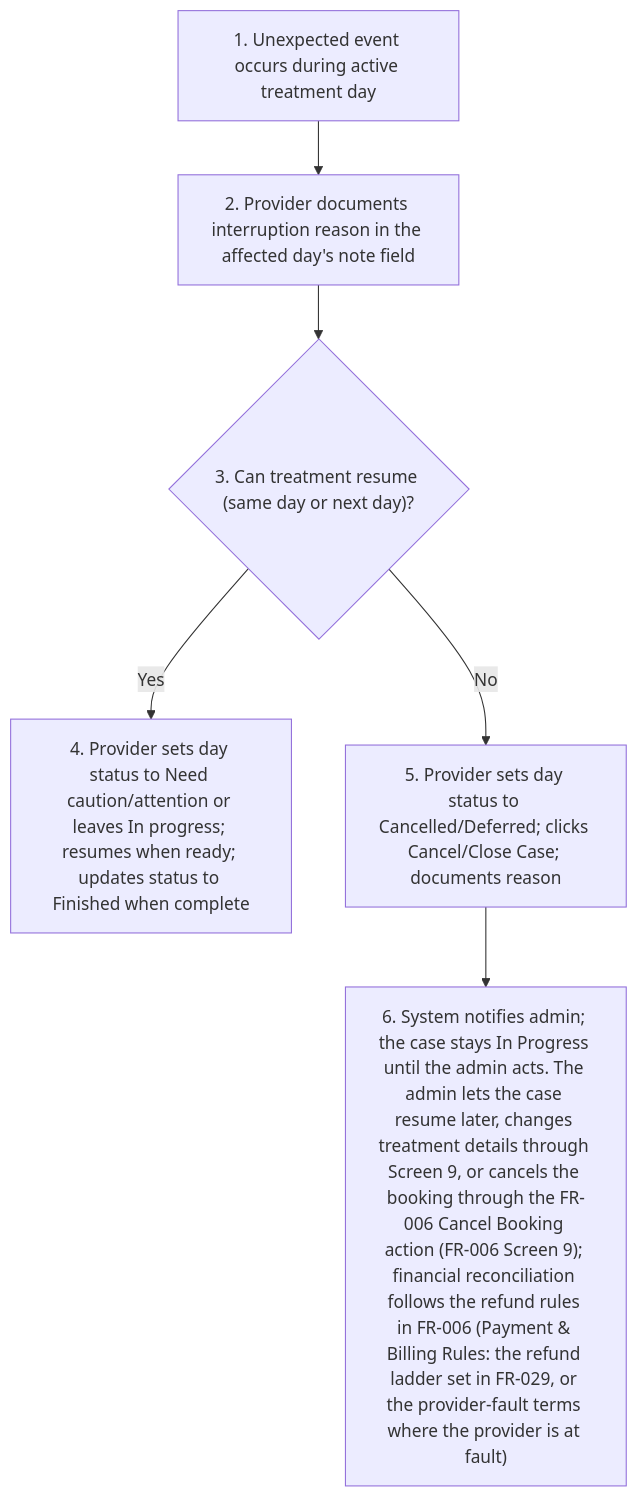
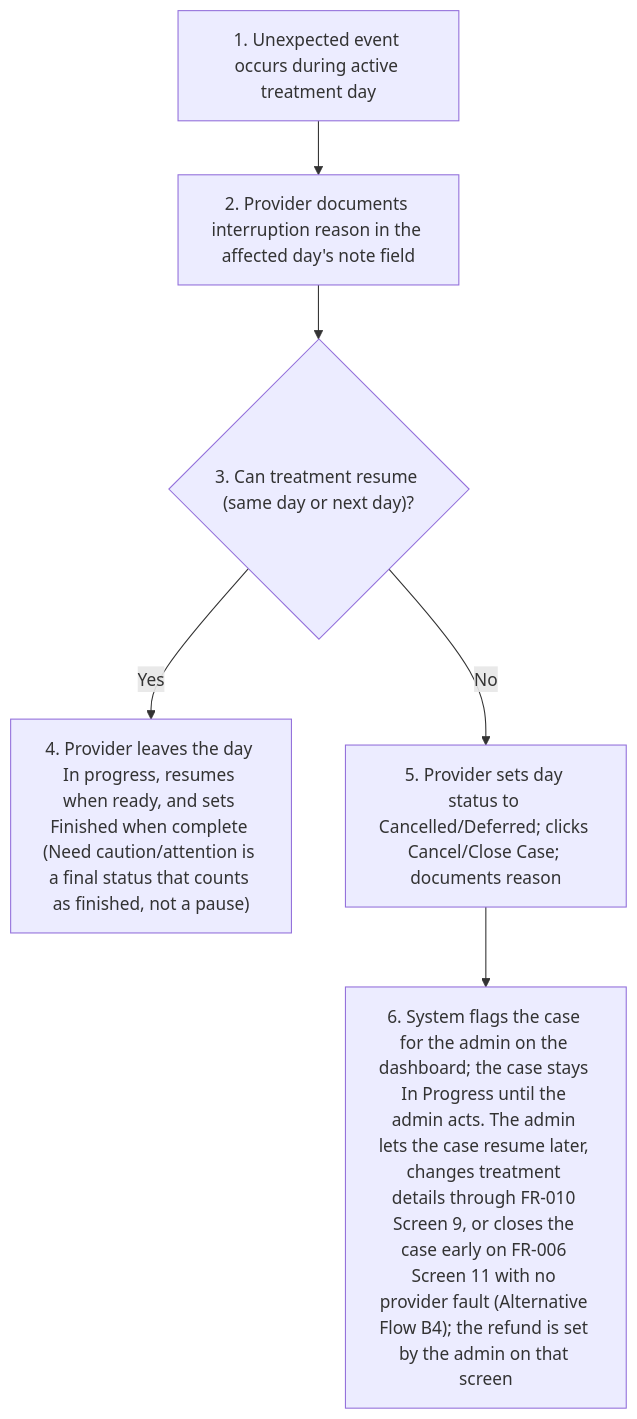
Before and after one commit to joachimtrungtuan/hairline-pm-docs: the seventh of 10 diagrams in project-requirements/functional-requirements/fr010-treatment-execution/prd.md, drawn with Mermaid. The commit also changed other lines of this file and 5 other files, not shown here.

````diff
--- a/project-requirements/functional-requirements/fr010-treatment-execution/prd.md
+++ b/project-requirements/functional-requirements/fr010-treatment-execution/prd.md
@@ -197,9 +211,9 @@
 ```mermaid
 flowchart TD
   B3S1["1. Unexpected event occurs during active treatment day"] --> B3S2
   B3S2["2. Provider documents interruption reason in the affected day's note field"] --> B3S3
   B3S3{"3. Can treatment resume (same day or next day)?"}
-  B3S3 -- Yes --> B3S4["4. Provider sets day status to Need caution/attention or leaves In progress; resumes when ready; updates status to Finished when complete"]
+  B3S3 -- Yes --> B3S4["4. Provider leaves the day In progress, resumes when ready, and sets Finished when complete (Need caution/attention is a final status that counts as finished, not a pause)"]
   B3S3 -- No --> B3S5["5. Provider sets day status to Cancelled/Deferred; clicks Cancel/Close Case; documents reason"]
-  B3S5 --> B3S6["6. System notifies admin; the case stays In Progress until the admin acts. The admin lets the case resume later, changes treatment details through Screen 9, or cancels the booking through the FR-006 Cancel Booking action (FR-006 Screen 9); financial reconciliation follows the refund rules in FR-006 (Payment & Billing Rules: the refund ladder set in FR-029, or the provider-fault terms where the provider is at fault)"]
+  B3S5 --> B3S6["6. System flags the case for the admin on the dashboard; the case stays In Progress until the admin acts. The admin lets the case resume later, changes treatment details through FR-010 Screen 9, or closes the case early on FR-006 Screen 11 with no provider fault (Alternative Flow B4); the refund is set by the admin on that screen"]
 ```
````
